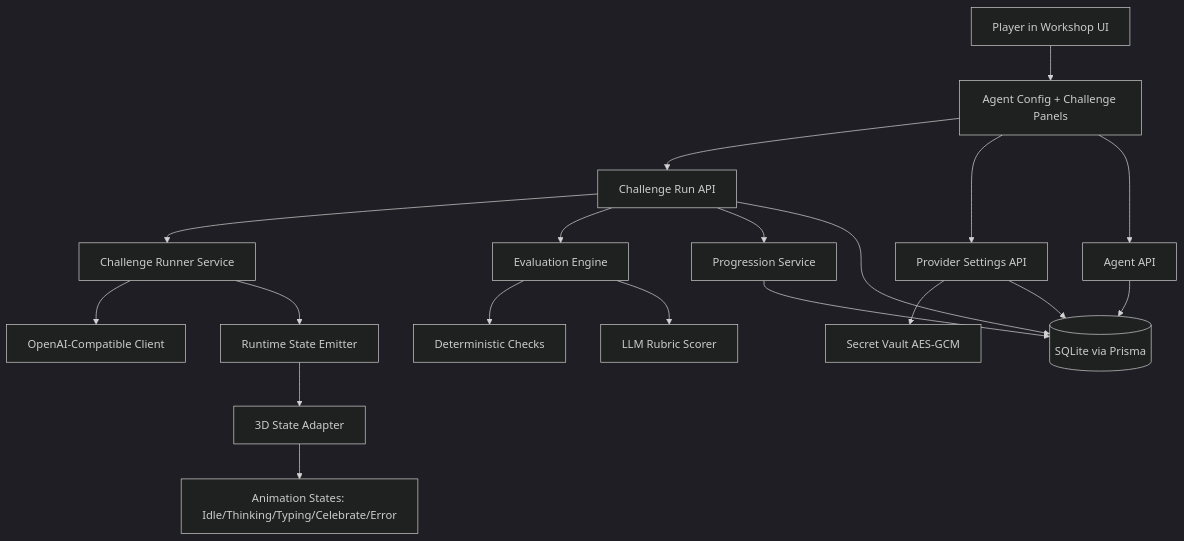
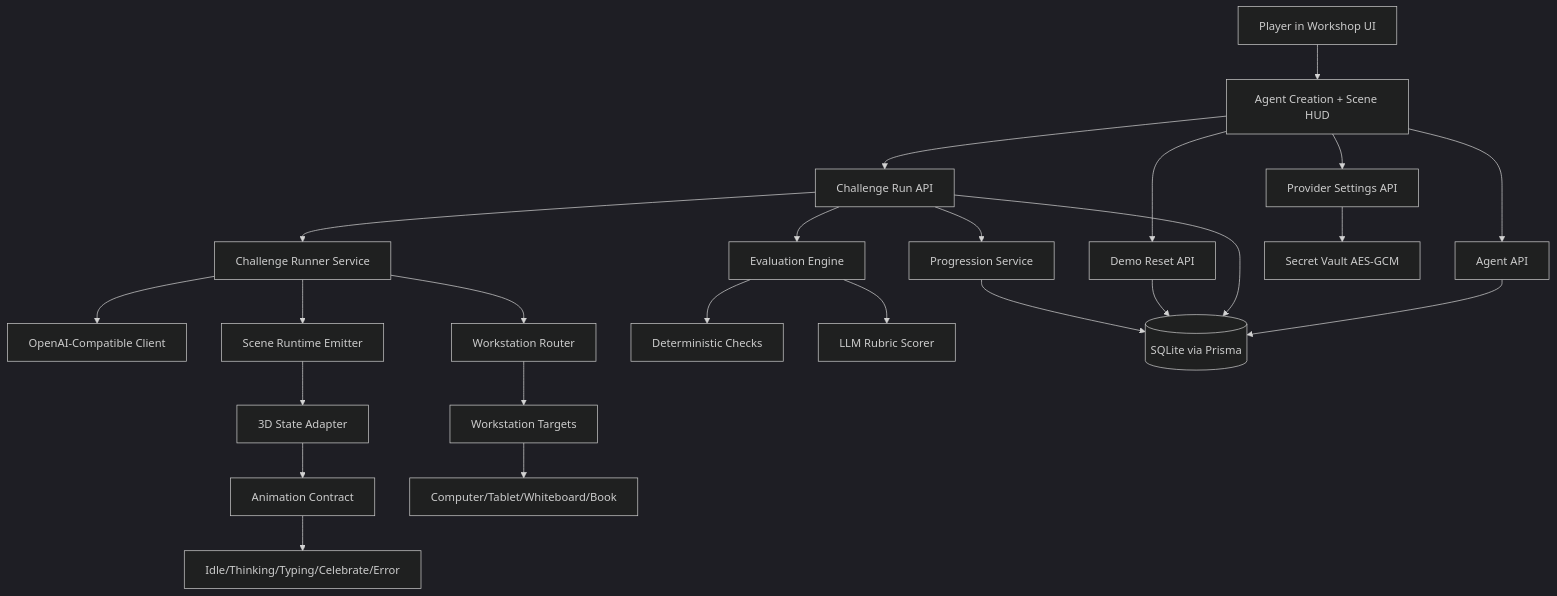
Before and after one commit to braydenleung-Git/Goobs: the diagram in .specs/features/mvp-workshop/design.md, drawn with Mermaid (dark theme). The commit also changed other lines of this file and 6 other files, not shown here.

Commit message:
docs(specs): add isometric scene and workstation requirements

````diff
--- a/.specs/features/mvp-workshop/design.md
+++ b/.specs/features/mvp-workshop/design.md
@@ -13,21 +13,30 @@
 ```mermaid
 graph TD
-    U[Player in Workshop UI] --> A[Agent Config + Challenge Panels]
-    A --> B[Challenge Run API]
-    A --> C[Provider Settings API]
-    A --> D[Agent API]
-    B --> E[Challenge Runner Service]
-    E --> F[OpenAI-Compatible Client]
-    E --> G[Runtime State Emitter]
-    B --> H[Evaluation Engine]
-    H --> I[Deterministic Checks]
-    H --> J[LLM Rubric Scorer]
-    B --> K[Progression Service]
-    C --> L[Secret Vault AES-GCM]
-    D --> M[(SQLite via Prisma)]
-    B --> M
-    C --> M
-    K --> M
-    G --> N[3D State Adapter]
-    N --> O[Animation States: Idle/Thinking/Typing/Celebrate/Error]
+    U[Player in Workshop UI] --> A[Agent Creation + Scene HUD]
+    A --> B[Provider Settings API]
+    A --> C[Agent API]
+    A --> D[Challenge Run API]
+    A --> E[Demo Reset API]
+
+    D --> F[Challenge Runner Service]
+    F --> G[OpenAI-Compatible Client]
+    F --> H[Workstation Router]
+    F --> I[Scene Runtime Emitter]
+
+    D --> J[Evaluation Engine]
+    J --> K[Deterministic Checks]
+    J --> L[LLM Rubric Scorer]
+    D --> M[Progression Service]
+
+    B --> N[Secret Vault AES-GCM]
+    C --> O[(SQLite via Prisma)]
+    D --> O
+    E --> O
+    M --> O
+
+    I --> P[3D State Adapter]
+    P --> Q[Animation Contract]
+    Q --> R[Idle/Thinking/Typing/Celebrate/Error]
+    H --> S[Workstation Targets]
+    S --> T[Computer/Tablet/Whiteboard/Book]
 ```
````
